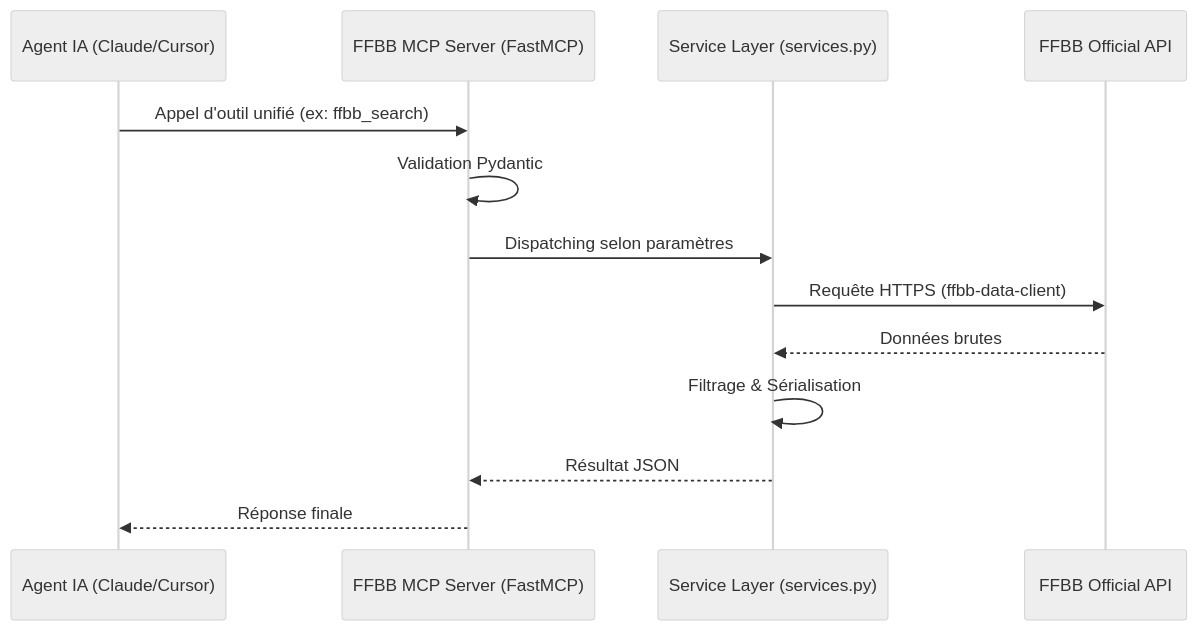
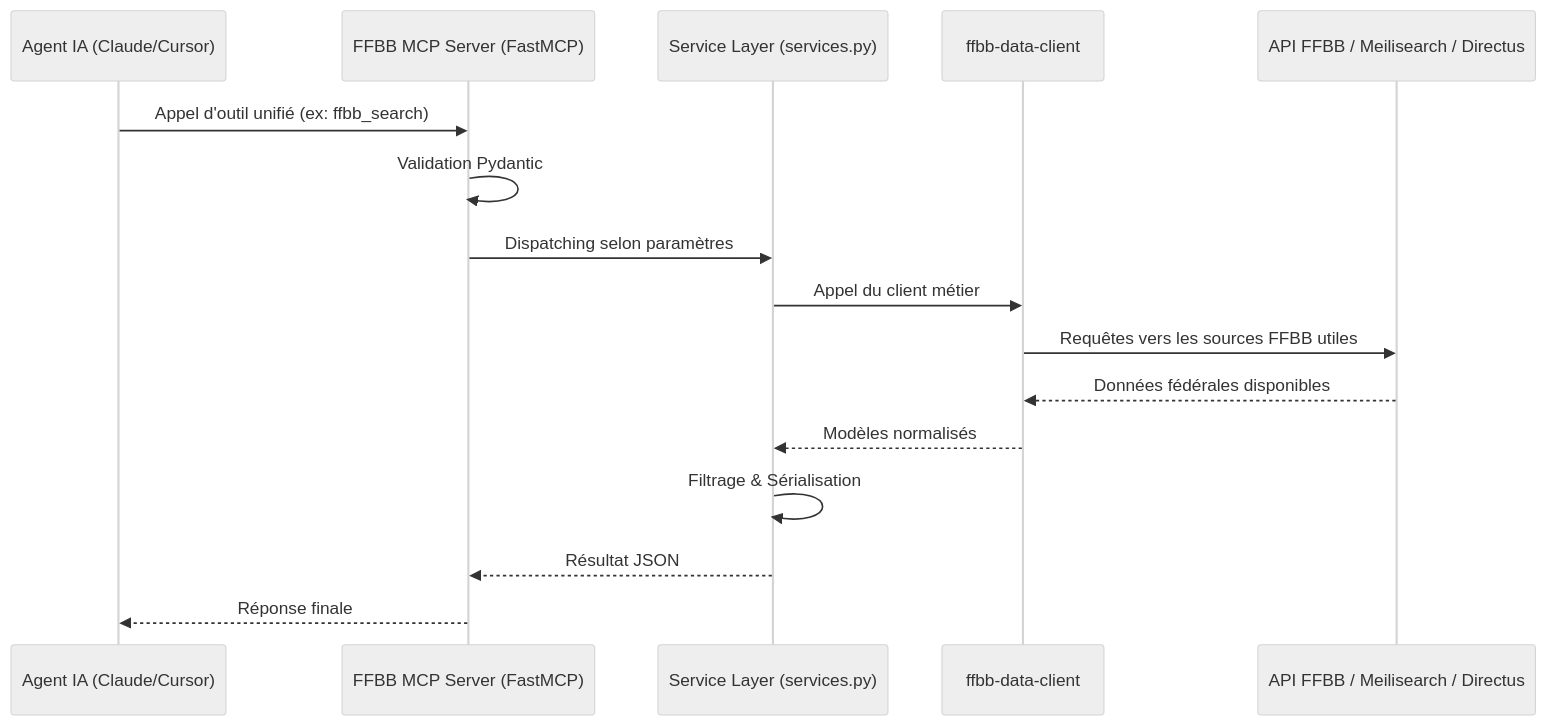
The diagram in docs/ARCHITECTURE.md (nickdesi/FFBB-MCP-Server), drawn with Mermaid (neutral theme) before and after one commit. The commit also changed other lines of this file and 6 other files, not shown here.

````diff
--- a/docs/ARCHITECTURE.md
+++ b/docs/ARCHITECTURE.md
@@ -55,16 +56,19 @@
 ```mermaid
 sequenceDiagram
     participant LLM as Agent IA (Claude/Cursor)
     participant MCP as FFBB MCP Server (FastMCP)
     participant Service as Service Layer (services.py)
-    participant API as FFBB Official API
+  participant SDK as ffbb-data-client
+  participant Sources as API FFBB / Meilisearch / Directus
 
     LLM->>MCP: Appel d'outil unifié (ex: ffbb_search)
     MCP->>MCP: Validation Pydantic
     MCP->>Service: Dispatching selon paramètres
-    Service->>API: Requête HTTPS (ffbb-data-client)
-    API-->>Service: Données brutes
+  Service->>SDK: Appel du client métier
+  SDK->>Sources: Requêtes vers les sources FFBB utiles
+  Sources-->>SDK: Données fédérales disponibles
+  SDK-->>Service: Modèles normalisés
     Service->>Service: Filtrage & Sérialisation
     Service-->>MCP: Résultat JSON
     MCP-->>LLM: Réponse finale
 ```
````
